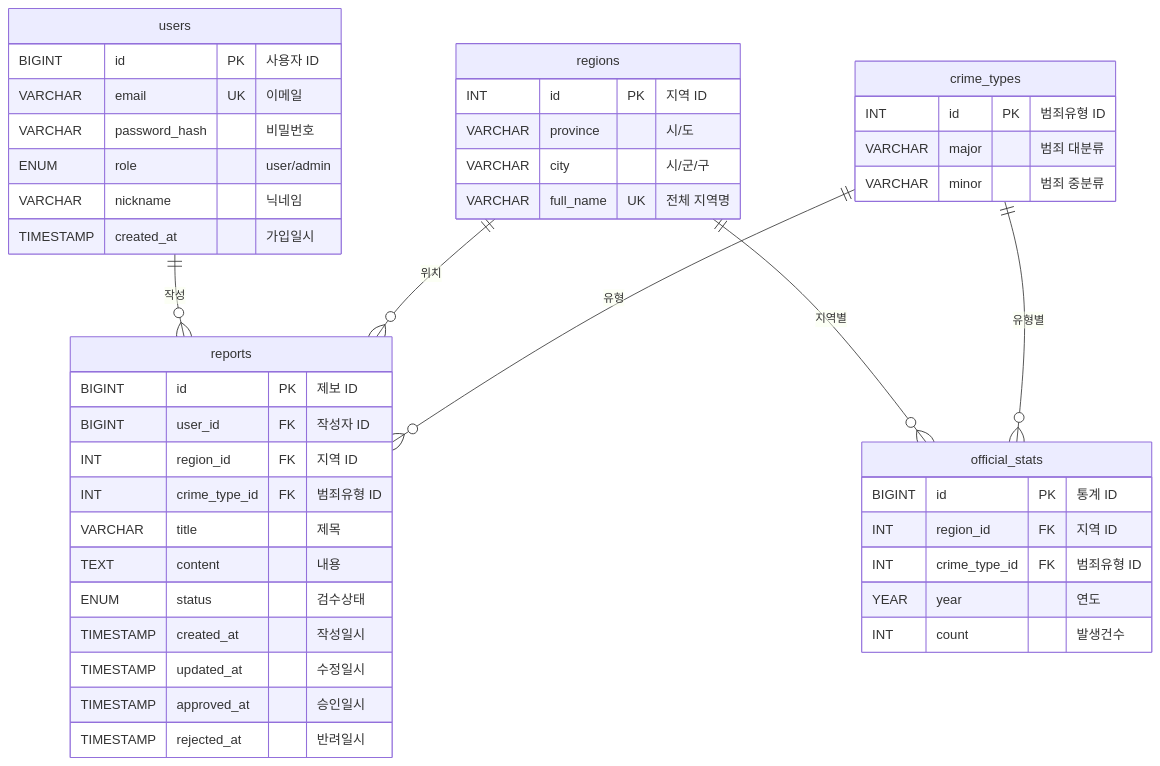
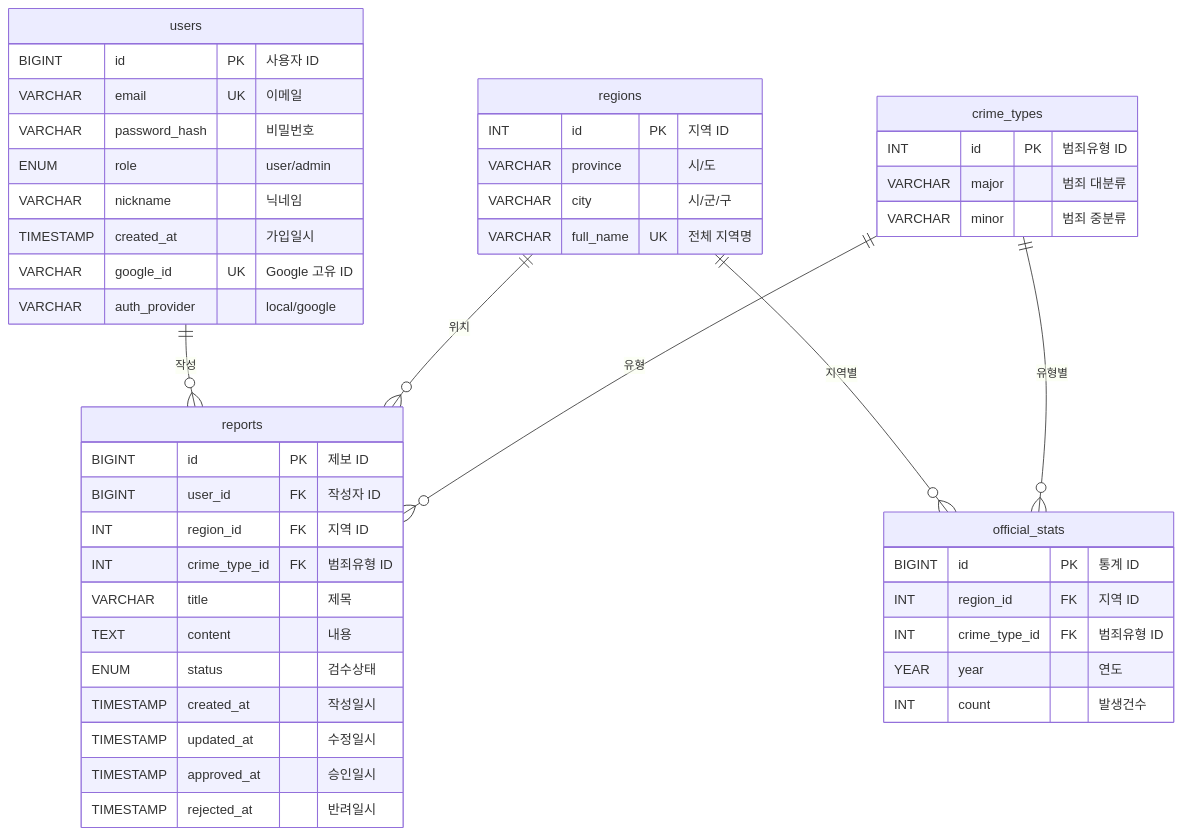
Before and after one commit to aws-13-0361/aws13th-team1-crime: the diagram in README.md, drawn with Mermaid. The commit also changed other lines of this file, not shown here.

````diff
--- a/README.md
+++ b/README.md
@@ -298,53 +298,55 @@
 ```mermaid
 erDiagram
     users ||--o{ reports : "작성"
     regions ||--o{ reports : "위치"
     crime_types ||--o{ reports : "유형"
     regions ||--o{ official_stats : "지역별"
     crime_types ||--o{ official_stats : "유형별"
 
     users {
         BIGINT id PK "사용자 ID"
         VARCHAR email UK "이메일"
         VARCHAR password_hash "비밀번호"
         ENUM role "user/admin"
         VARCHAR nickname "닉네임"
         TIMESTAMP created_at "가입일시"
+        VARCHAR google_id UK "Google 고유 ID"
+        VARCHAR auth_provider "local/google"
     }
 
     regions {
         INT id PK "지역 ID"
         VARCHAR province "시/도"
         VARCHAR city "시/군/구"
         VARCHAR full_name UK "전체 지역명"
     }
 
     crime_types {
         INT id PK "범죄유형 ID"
         VARCHAR major "범죄 대분류"
         VARCHAR minor "범죄 중분류"
     }
 
     official_stats {
         BIGINT id PK "통계 ID"
         INT region_id FK "지역 ID"
         INT crime_type_id FK "범죄유형 ID"
         YEAR year "연도"
         INT count "발생건수"
     }
 
     reports {
         BIGINT id PK "제보 ID"
         BIGINT user_id FK "작성자 ID"
         INT region_id FK "지역 ID"
         INT crime_type_id FK "범죄유형 ID"
         VARCHAR title "제목"
         TEXT content "내용"
         ENUM status "검수상태"
         TIMESTAMP created_at "작성일시"
         TIMESTAMP updated_at "수정일시"
         TIMESTAMP approved_at "승인일시"
         TIMESTAMP rejected_at "반려일시"
     }
 
 ```
````
